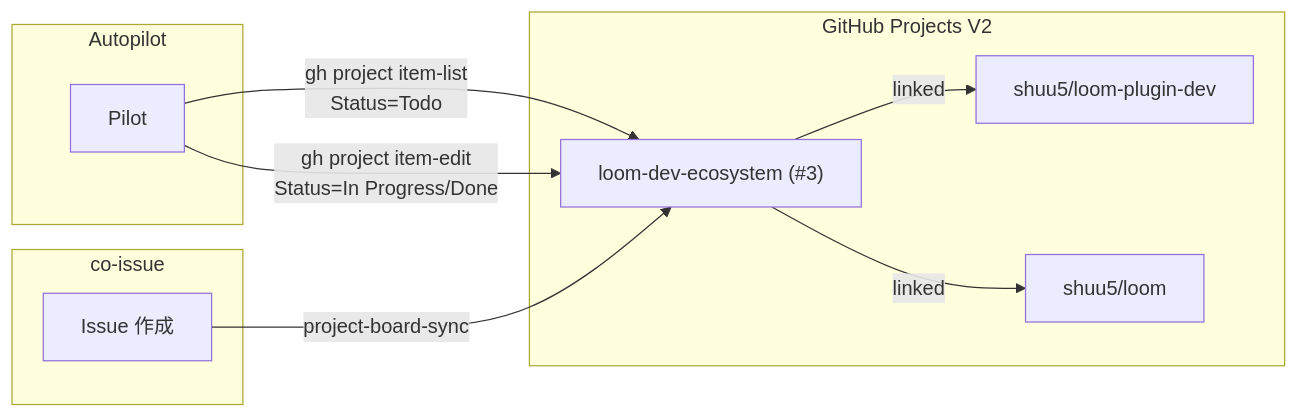
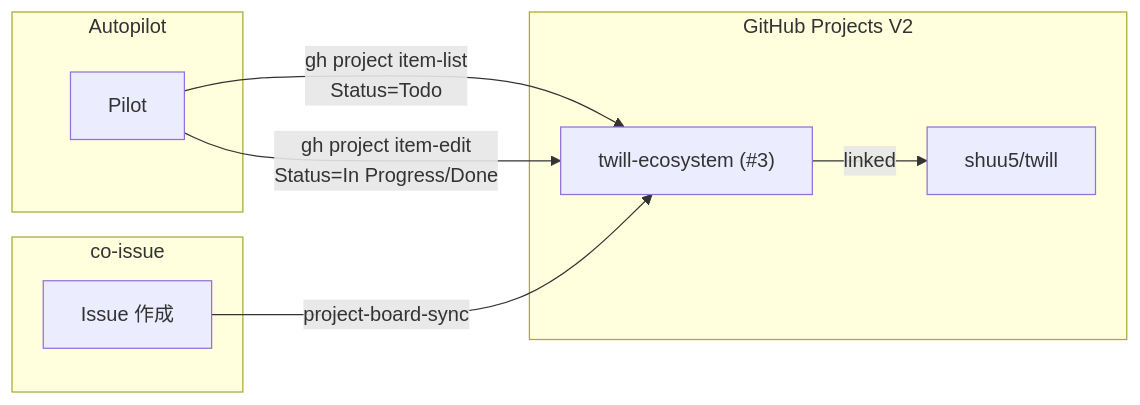
Before and after one commit to shuu5/twill: the sixth of 6 diagrams in plugins/dev/architecture/domain/model.md, drawn with Mermaid. The commit also changed 14 other files, not shown here.

First line of the commit message:
feat: Architecture ドキュメント + CLAUDE.md 更新 (#273)

````diff
--- a/plugins/dev/architecture/domain/model.md
+++ b/plugins/dev/architecture/domain/model.md
@@ -263,19 +263,18 @@
 ```mermaid
 flowchart LR
     subgraph "GitHub Projects V2"
-        PB["loom-dev-ecosystem (#3)"]
-        PB -->|"linked"| R1["shuu5/loom-plugin-dev"]
-        PB -->|"linked"| R2["shuu5/loom"]
+        PB["twill-ecosystem (#3)"]
+        PB -->|"linked"| R1["shuu5/twill"]
     end
 
     subgraph "Autopilot"
         PI["Pilot"]
         PI -->|"gh project item-list<br/>Status=Todo"| PB
         PI -->|"gh project item-edit<br/>Status=In Progress/Done"| PB
     end
 
     subgraph "co-issue"
         IS["Issue 作成"]
         IS -->|"project-board-sync"| PB
     end
 ```
````
